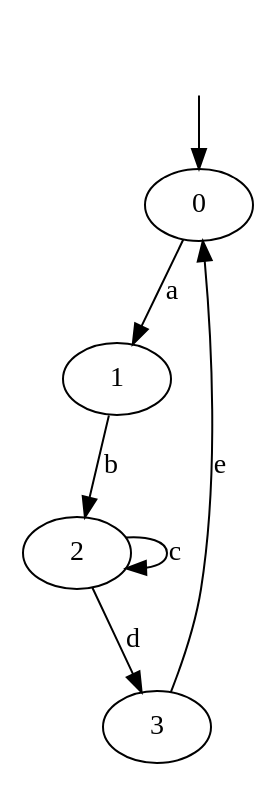
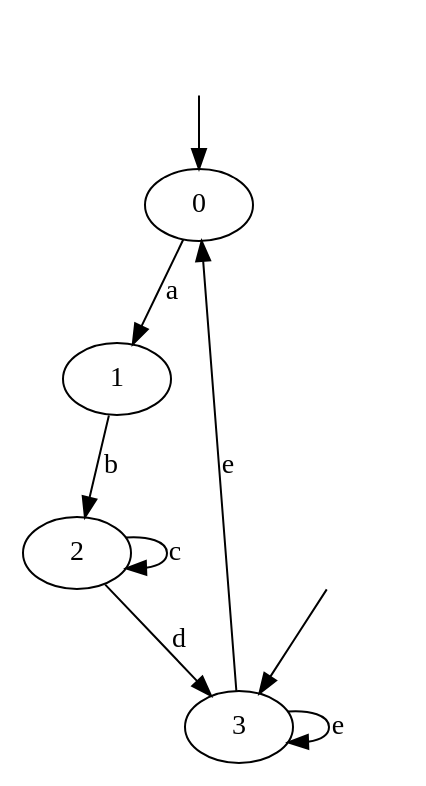
Before and after one commit to RaffestinR/OpTaf: the diagram in out/artifacts/OpTaf/S1.dot, drawn with Graphviz. The commit also changed 9 other files, not shown here.

```diff
--- a/out/artifacts/OpTaf/S1.dot
+++ b/out/artifacts/OpTaf/S1.dot
@@ -1,9 +1,12 @@
 digraph system {
 _0[label="", shape=none ];
 _0->0;
+_3[label="", shape=none ];
+_3->3;
 0->1 [label= "a"];
 1->2 [label= "b"];
 2->2 [label= "c"];
 2->3 [label= "d"];
 3->0 [label= "e"];
+3->3 [label= "e"];
 }
```
